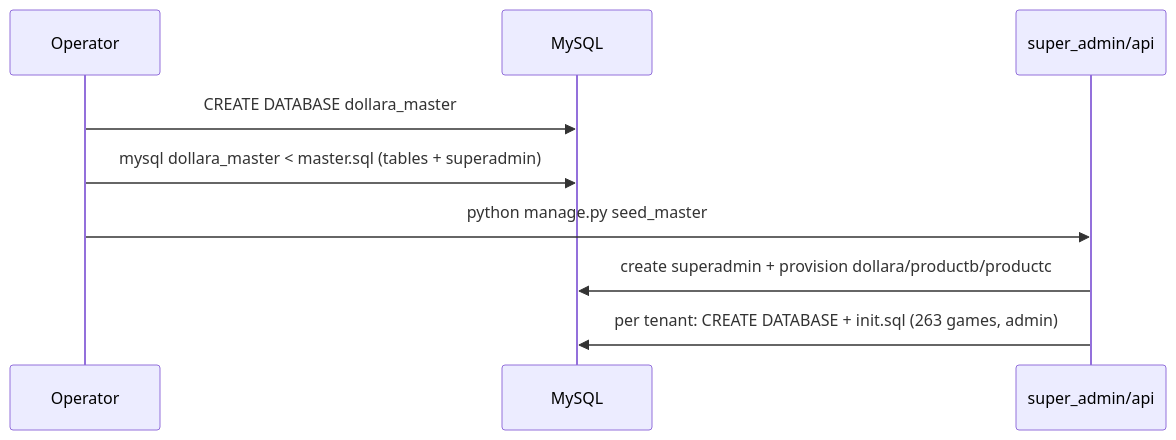
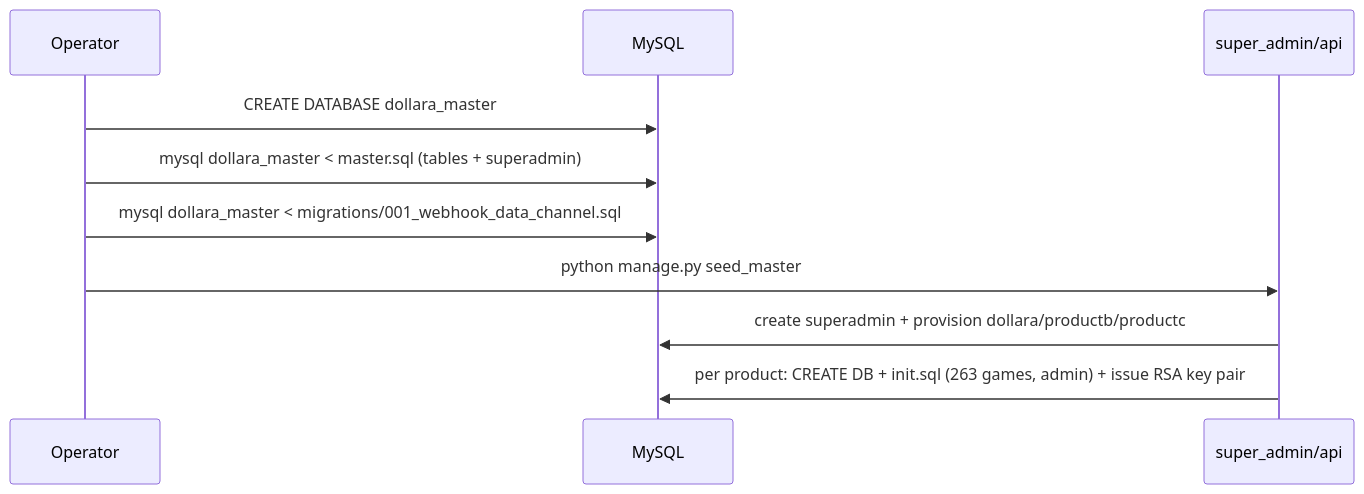
Before and after one commit to Aceplayswin/shamb_01: diagram 16 of 18 in README.md, drawn with Mermaid. The commit also changed other lines of this file, not shown here.

````diff
--- a/README.md
+++ b/README.md
@@ -1111,11 +1285,12 @@
 ```mermaid
 sequenceDiagram
   participant Op as Operator
   participant SQL as MySQL
   participant SA as super_admin/api
   Op->>SQL: CREATE DATABASE dollara_master
-  Op->>SQL: mysql dollara_master < master.sql  (tables + superadmin)
+  Op->>SQL: mysql dollara_master < master.sql (tables + superadmin)
+  Op->>SQL: mysql dollara_master < migrations/001_webhook_data_channel.sql
   Op->>SA: python manage.py seed_master
   SA->>SQL: create superadmin + provision dollara/productb/productc
-  SA->>SQL: per tenant: CREATE DATABASE + init.sql (263 games, admin)
+  SA->>SQL: per product: CREATE DB + init.sql (263 games, admin) + issue RSA key pair
 ```
````
